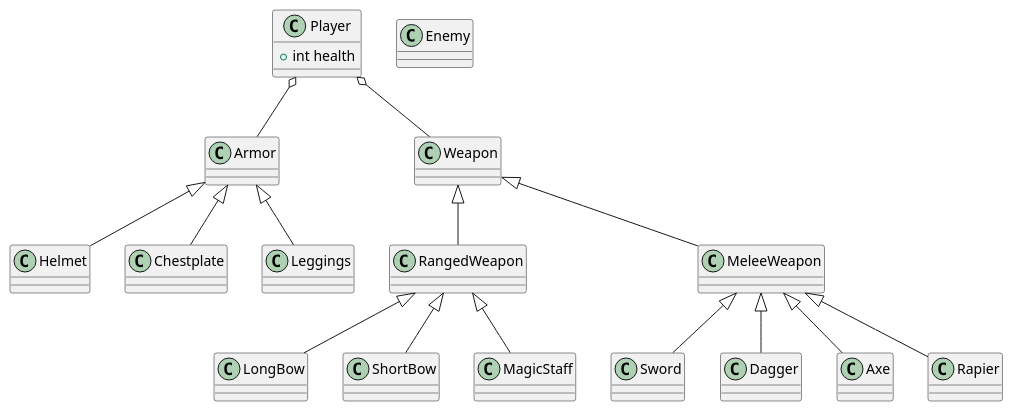
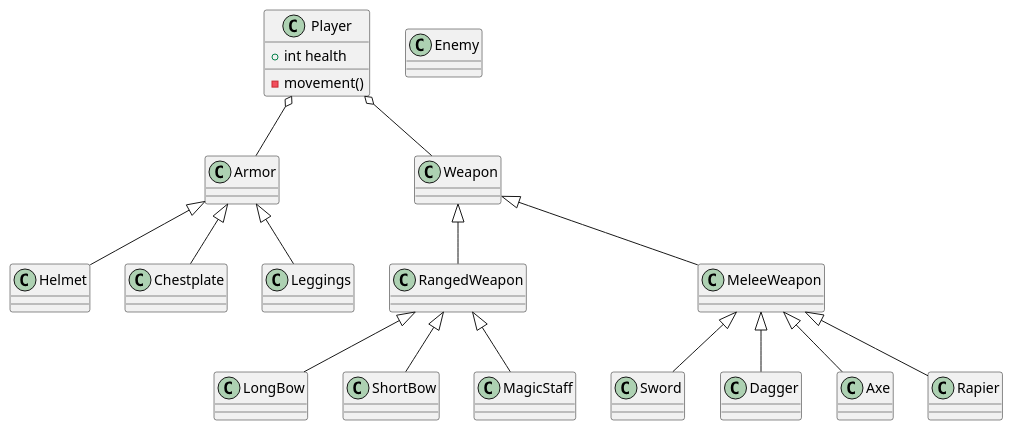
The diagram in Ideer.puml (MihneaSpinu/Projektopgave), drawn with PlantUML before and after one commit.

```diff
--- a/Ideer.puml
+++ b/Ideer.puml
@@ -1,93 +1,94 @@
 @startuml Car
 
 class Player {
     + int health
+    - movement()
 }
 
 'Weapon classes
 
 class Weapon {
     
 }
 
 class MeleeWeapon {
     
 }
 
 class RangedWeapon {
     
 }
 
 class  Sword {
     
 }
 
 class LongBow {
     
 }
 
 class ShortBow {
     
 }
 
 class Dagger {
     
 }
 
 class Axe {
     
 }
 
 class Rapier {
     
 }
 
 class MagicStaff {
     
 }
 
 Player o-- Weapon
 
 RangedWeapon -up-|> Weapon
 MeleeWeapon -up-|> Weapon
 
 Sword -up-|> MeleeWeapon
 Axe -up-|> MeleeWeapon
 Dagger -up-|> MeleeWeapon
 Rapier -up-|> MeleeWeapon
 
 LongBow -up-|> RangedWeapon
 ShortBow -up-|> RangedWeapon
 MagicStaff -up-|> RangedWeapon
 
 'Armor classes
 
 Class Armor {
     
 }
 
 class Helmet {
     
 }
 
 class Chestplate {
     
 }
 
 class Leggings {
     
 }
 
 Helmet -up-|> Armor 
 Chestplate -up-|> Armor
 Leggings -up-|> Armor
 
 Player o-- Armor
 
 ' Enemy classes
 
 class Enemy {
     
 }
 
 @enduml
```
